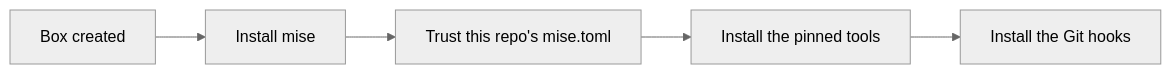
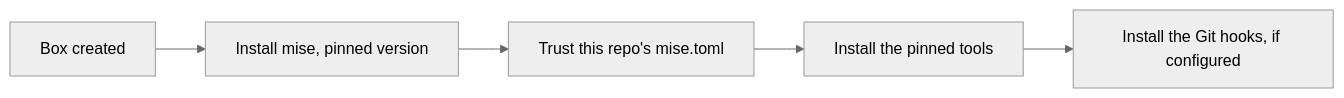
The fifth of 9 diagrams in study/p1-explained.md (nazmur96/devsecops-template), drawn with Mermaid (neutral theme) before and after one commit. The commit also changed other lines of this file and 5 other files, not shown here.

````diff
--- a/study/p1-explained.md
+++ b/study/p1-explained.md
@@ -461,4 +495,4 @@
 ```mermaid
 flowchart LR
-    A[Box created] --> B[Install mise] --> C[Trust this repo's mise.toml] --> D[Install the pinned tools] --> E[Install the Git hooks]
+    A[Box created] --> B[Install mise, pinned version] --> C[Trust this repo's mise.toml] --> D[Install the pinned tools] --> E[Install the Git hooks, if configured]
 ```
````
